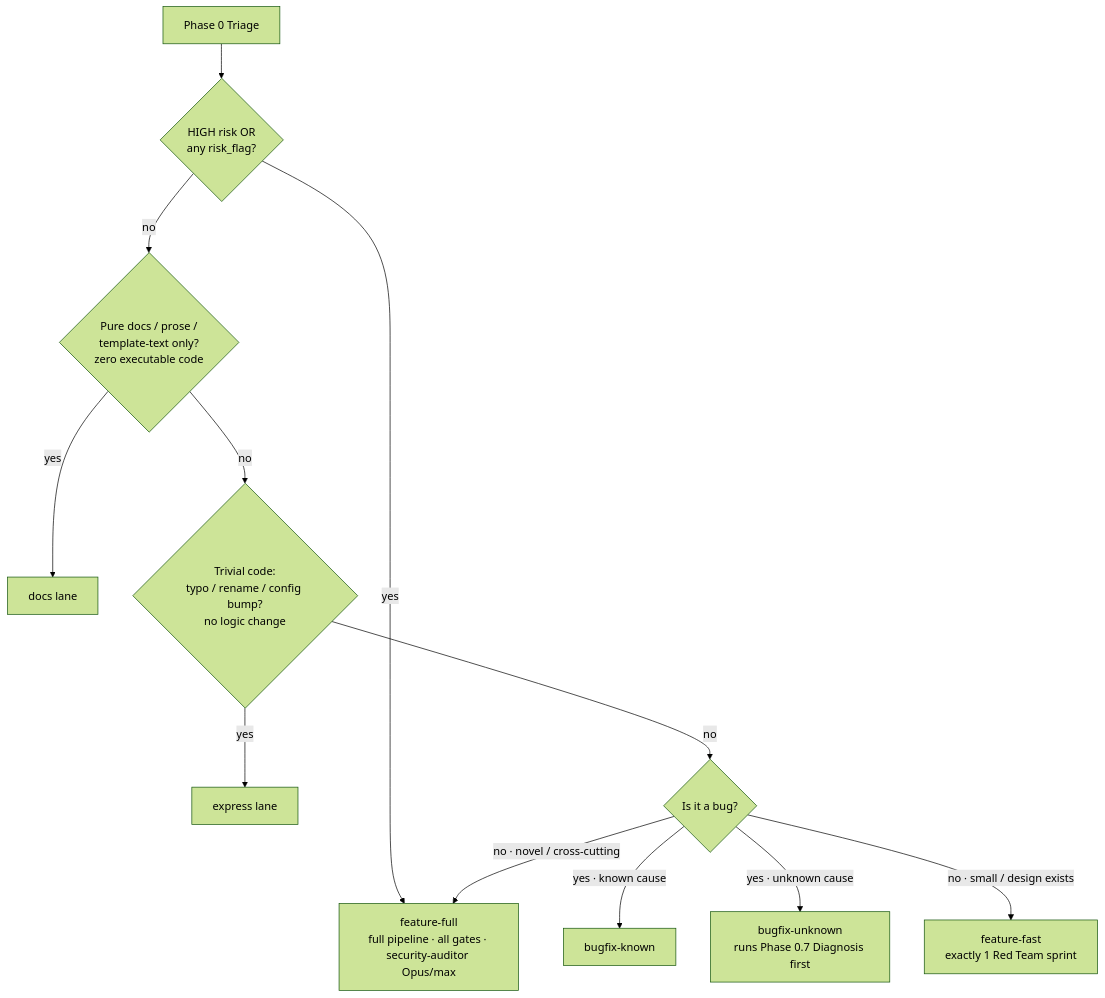
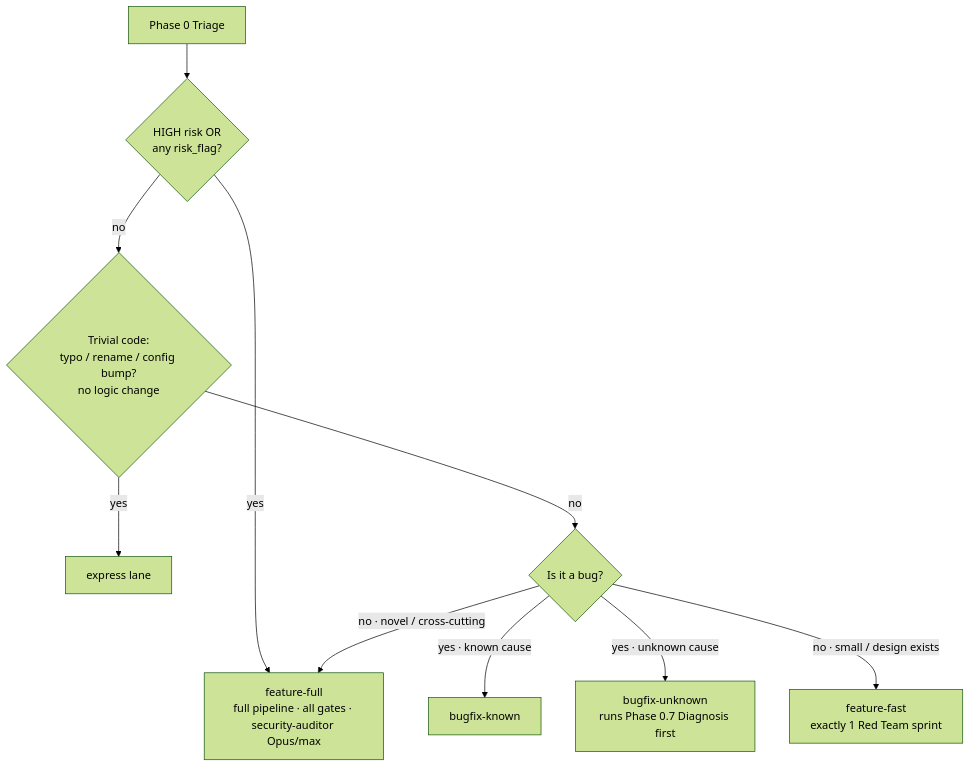
One commit to RahulSunnyCS/skills changed the second of 5 diagrams in docs/workflows/README.md. Above: the diagram before and after it, drawn with Mermaid (forest theme). The commit also changed other lines of this file and 3 other files, not shown here.

````diff
--- a/docs/workflows/README.md
+++ b/docs/workflows/README.md
@@ -52,14 +52,12 @@
 ```mermaid
 flowchart TD
     T[Phase 0 Triage] --> RF{HIGH risk OR<br/>any risk_flag?}
     RF -->|yes| FF[feature-full<br/>full pipeline · all gates · security-auditor Opus/max]
-    RF -->|no| K1{Pure docs / prose /<br/>template-text only?<br/>zero executable code}
-    K1 -->|yes| DOCS[docs lane]
-    K1 -->|no| K2{Trivial code:<br/>typo / rename / config bump?<br/>no logic change}
+    RF -->|no| K2{Trivial code:<br/>typo / rename / config bump?<br/>no logic change}
     K2 -->|yes| EXP[express lane]
     K2 -->|no| K3{Is it a bug?}
     K3 -->|"yes · known cause"| BK[bugfix-known]
     K3 -->|"yes · unknown cause"| BU[bugfix-unknown<br/>runs Phase 0.7 Diagnosis first]
     K3 -->|"no · small / design exists"| FFA[feature-fast<br/>exactly 1 Red Team sprint]
     K3 -->|"no · novel / cross-cutting"| FF
 ```
````
